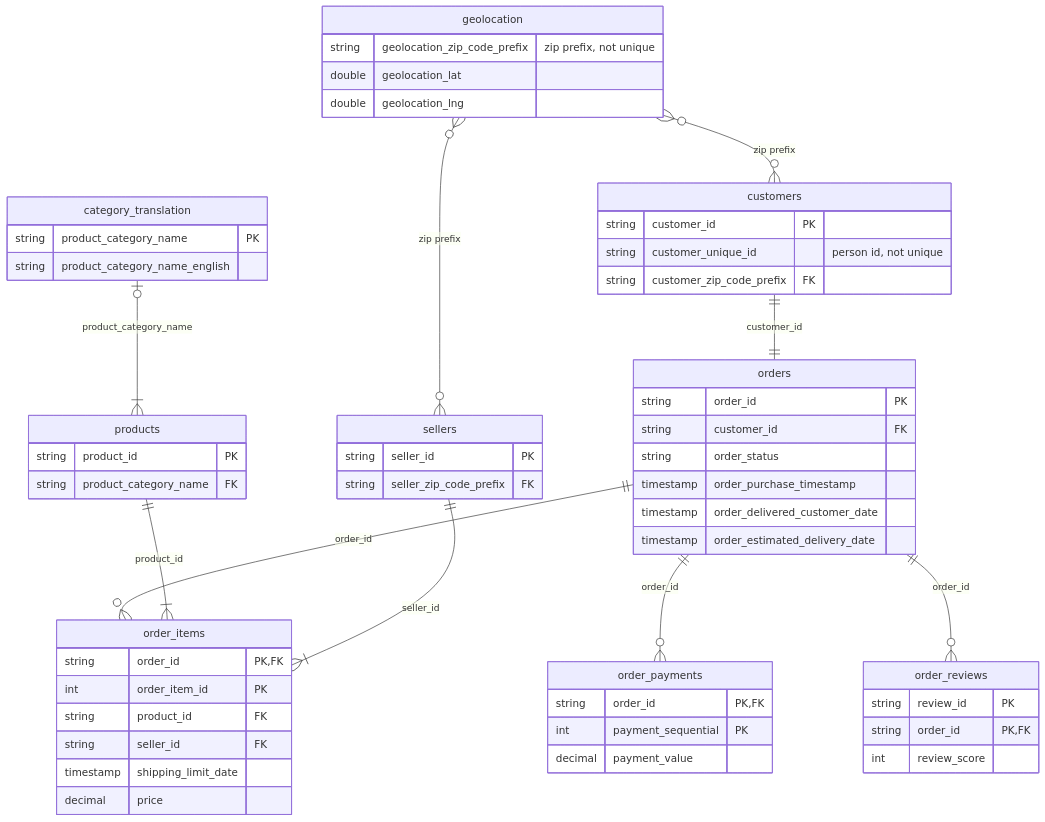
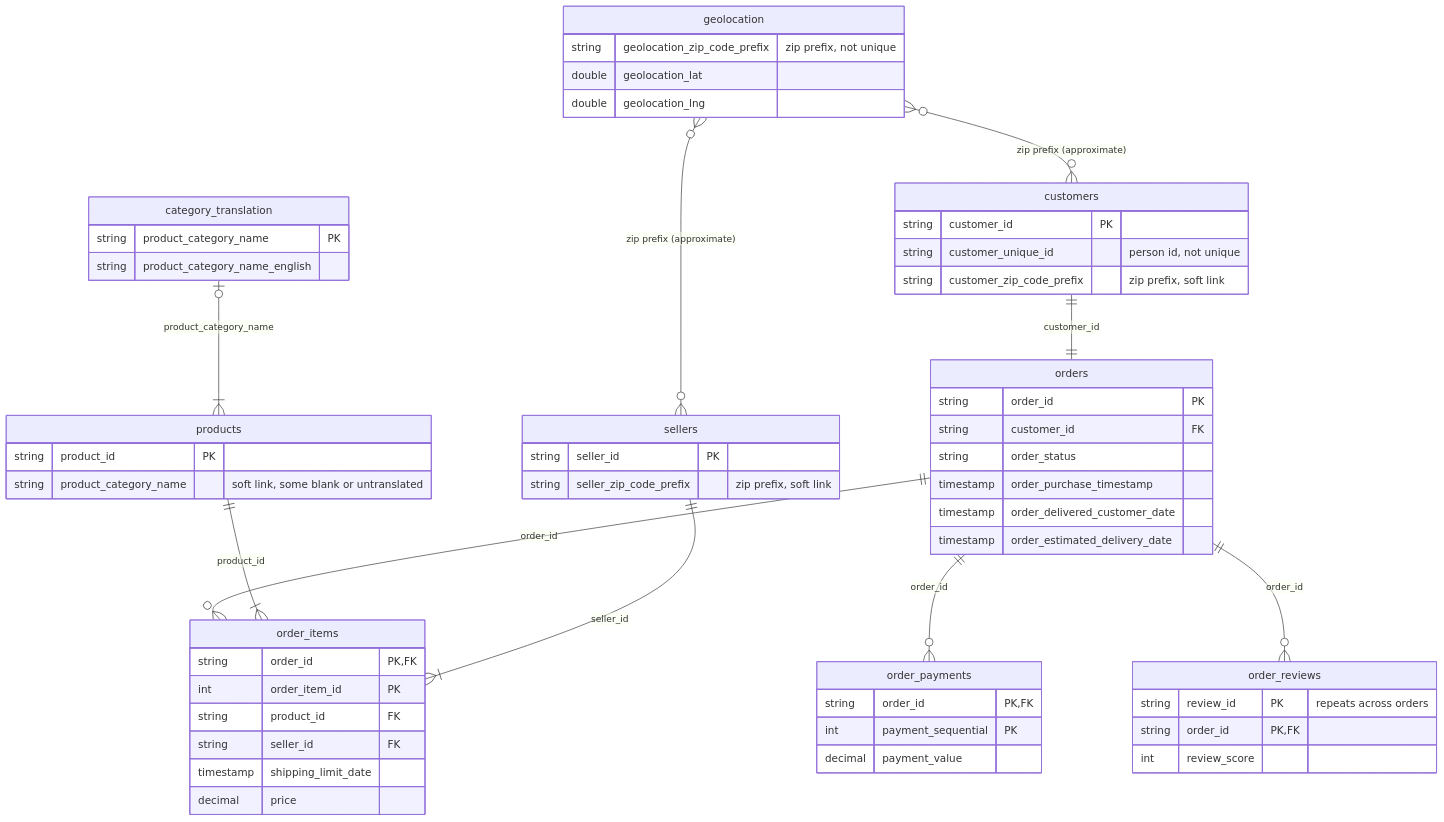
Before and after one commit to mikemoose1/olist-ecommerce-analytics: the diagram in docs/CASE_STUDY.md, drawn with Mermaid. The commit also changed other lines of this file and 11 other files, not shown here.

First line of the commit message:
Fix ERD foreign-key marks and add a short ontology section

````diff
--- a/docs/CASE_STUDY.md
+++ b/docs/CASE_STUDY.md
@@ -25,60 +25,60 @@
 ```mermaid
 erDiagram
     customers ||--|| orders : "customer_id"
     orders ||--o{ order_items : "order_id"
     products ||--|{ order_items : "product_id"
     sellers ||--|{ order_items : "seller_id"
     orders ||--o{ order_payments : "order_id"
     orders ||--o{ order_reviews : "order_id"
     category_translation |o--|{ products : "product_category_name"
-    geolocation }o--o{ customers : "zip prefix"
-    geolocation }o--o{ sellers : "zip prefix"
+    geolocation }o--o{ customers : "zip prefix (approximate)"
+    geolocation }o--o{ sellers : "zip prefix (approximate)"
     customers {
         string customer_id PK
         string customer_unique_id "person id, not unique"
-        string customer_zip_code_prefix FK
+        string customer_zip_code_prefix "zip prefix, soft link"
     }
     orders {
         string order_id PK
         string customer_id FK
         string order_status
         timestamp order_purchase_timestamp
         timestamp order_delivered_customer_date
         timestamp order_estimated_delivery_date
     }
     order_items {
         string order_id PK,FK
         int order_item_id PK
         string product_id FK
         string seller_id FK
         timestamp shipping_limit_date
         decimal price
     }
     sellers {
         string seller_id PK
-        string seller_zip_code_prefix FK
+        string seller_zip_code_prefix "zip prefix, soft link"
     }
     products {
         string product_id PK
-        string product_category_name FK
+        string product_category_name "soft link, some blank or untranslated"
     }
     category_translation {
         string product_category_name PK
         string product_category_name_english
     }
     order_payments {
         string order_id PK,FK
         int payment_sequential PK
         decimal payment_value
     }
     order_reviews {
-        string review_id PK
+        string review_id PK "repeats across orders"
         string order_id PK,FK
         int review_score
     }
     geolocation {
         string geolocation_zip_code_prefix "zip prefix, not unique"
         double geolocation_lat
         double geolocation_lng
     }
 ```
````
